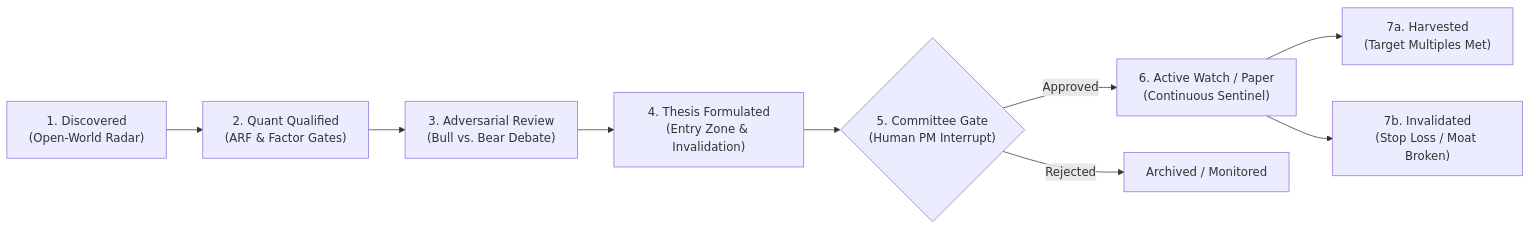
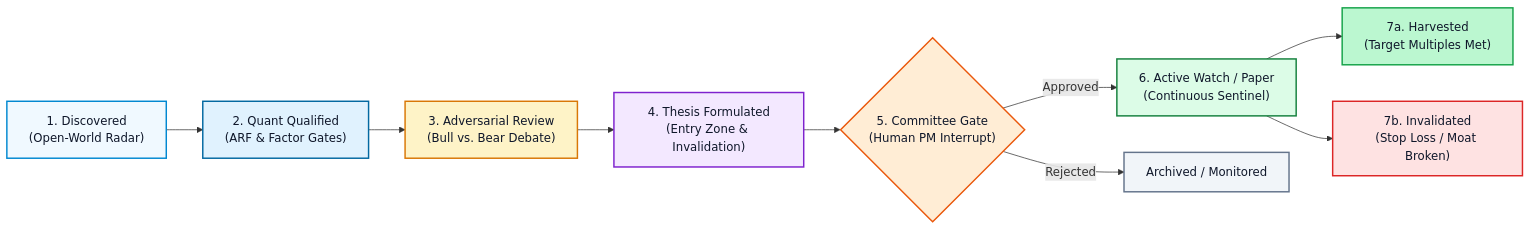
One commit to Sheng-Jiang/ARF changed the first of 3 diagrams in docs/ARF_DIGITAL_INVESTMENT_ANALYST_VISION.md. Above: the diagram before and after it, drawn with Mermaid. The commit also changed other lines of this file and 6 other files, not shown here.

````diff
--- a/docs/ARF_DIGITAL_INVESTMENT_ANALYST_VISION.md
+++ b/docs/ARF_DIGITAL_INVESTMENT_ANALYST_VISION.md
@@ -56,11 +62,21 @@
 ```mermaid
 flowchart LR
-    Discovered["1. Discovered\n(Open-World Radar)"] --> Qualified["2. Quant Qualified\n(ARF & Factor Gates)"]
-    Qualified --> Deliberating["3. Adversarial Review\n(Bull vs. Bear Debate)"]
-    Deliberating --> Formulated["4. Thesis Formulated\n(Entry Zone & Invalidation)"]
-    Formulated --> CommitteeGate{"5. Committee Gate\n(Human PM Interrupt)"}
-    CommitteeGate -- Approved --> Active["6. Active Watch / Paper\n(Continuous Sentinel)"]
+    Discovered["1. Discovered<br/>(Open-World Radar)"] --> Qualified["2. Quant Qualified<br/>(ARF & Factor Gates)"]
+    Qualified --> Deliberating["3. Adversarial Review<br/>(Bull vs. Bear Debate)"]
+    Deliberating --> Formulated["4. Thesis Formulated<br/>(Entry Zone & Invalidation)"]
+    Formulated --> CommitteeGate{"5. Committee Gate<br/>(Human PM Interrupt)"}
+    CommitteeGate -- Approved --> Active["6. Active Watch / Paper<br/>(Continuous Sentinel)"]
     CommitteeGate -- Rejected --> Archived["Archived / Monitored"]
-    Active --> Harvested["7a. Harvested\n(Target Multiples Met)"]
-    Active --> Invalidated["7b. Invalidated\n(Stop Loss / Moat Broken)"]
+    Active --> Harvested["7a. Harvested<br/>(Target Multiples Met)"]
+    Active --> Invalidated["7b. Invalidated<br/>(Stop Loss / Moat Broken)"]
+
+    style Discovered fill:#f0f9ff,stroke:#0288d1,stroke-width:2px,color:#0f172a
+    style Qualified fill:#e0f2fe,stroke:#0369a1,stroke-width:2px,color:#0f172a
+    style Deliberating fill:#fef3c7,stroke:#d97706,stroke-width:2px,color:#0f172a
+    style Formulated fill:#f3e8ff,stroke:#7e22ce,stroke-width:2px,color:#0f172a
+    style CommitteeGate fill:#ffedd5,stroke:#ea580c,stroke-width:2px,color:#0f172a
+    style Active fill:#dcfce7,stroke:#15803d,stroke-width:2px,color:#0f172a
+    style Archived fill:#f1f5f9,stroke:#64748b,stroke-width:2px,color:#0f172a
+    style Harvested fill:#bbf7d0,stroke:#16a34a,stroke-width:2px,color:#0f172a
+    style Invalidated fill:#fee2e2,stroke:#dc2626,stroke-width:2px,color:#0f172a
 ```
````
